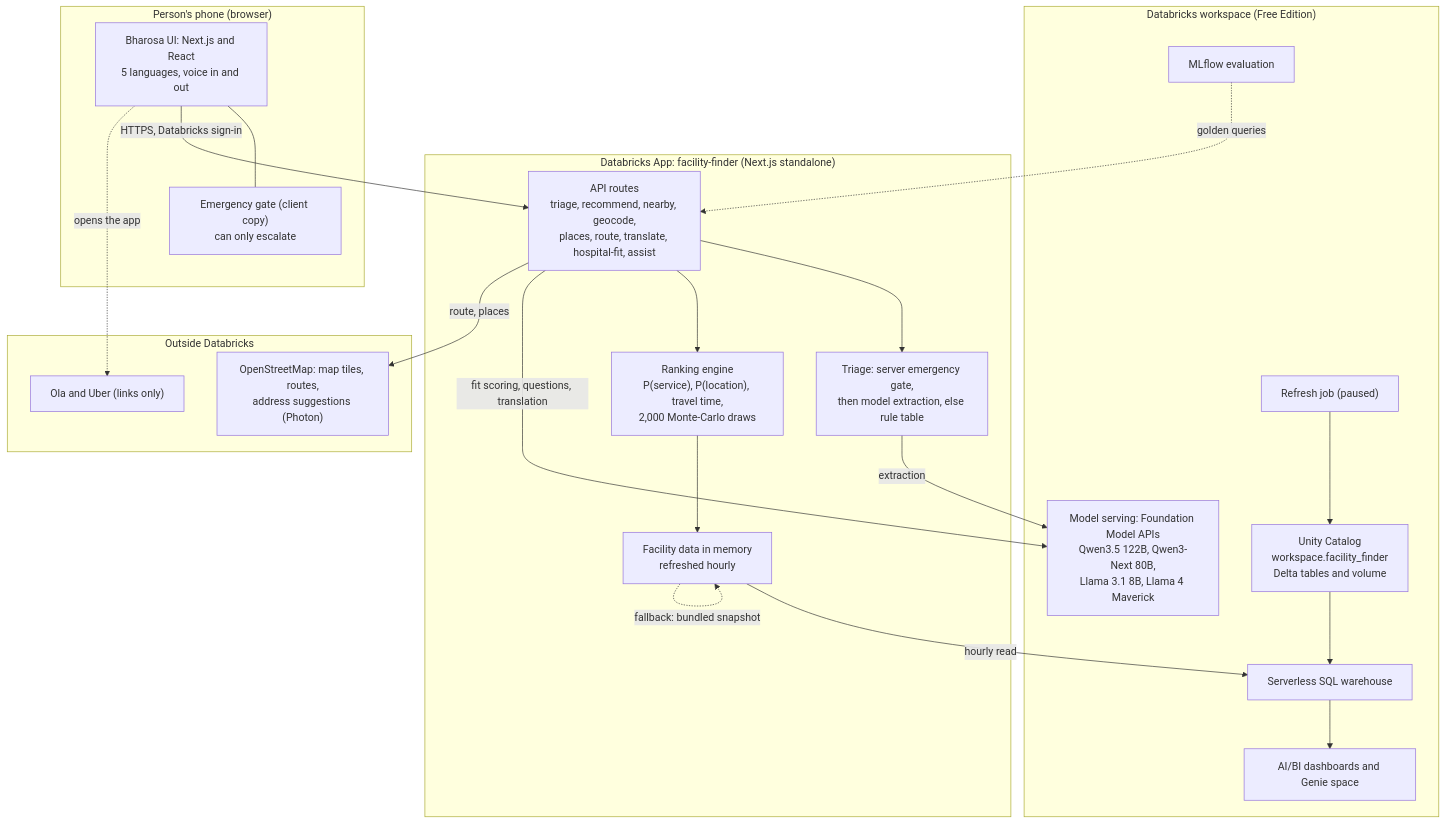
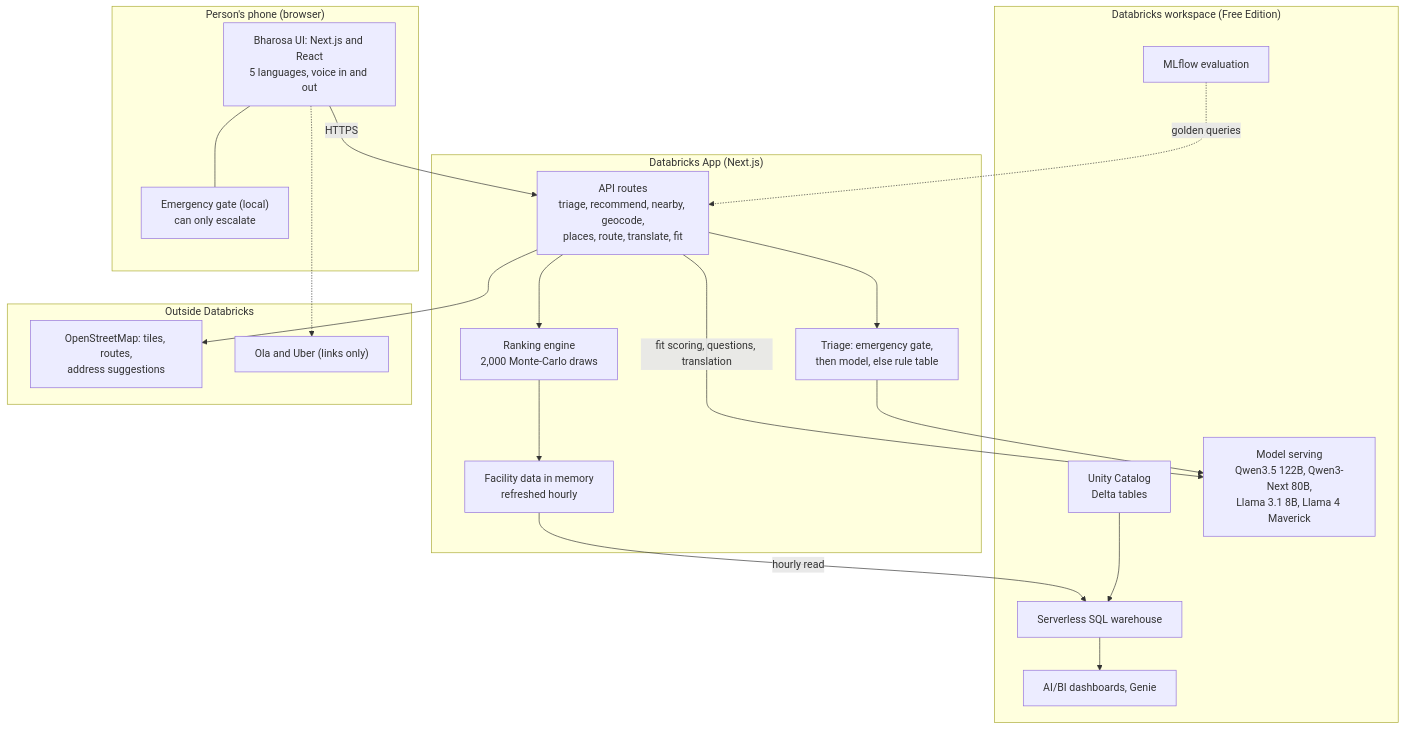
Before and after one commit to manasvialam/Databricks_hackathon: the diagram in README.md, drawn with Mermaid. The commit also changed other lines of this file, not shown here.

Commit message:
README: shorter, with live app and presentation video links

````diff
--- a/README.md
+++ b/README.md
@@ -107,44 +38,41 @@
 ```mermaid
 flowchart TB
     subgraph Phone["Person's phone (browser)"]
         UI["Bharosa UI: Next.js and React<br/>5 languages, voice in and out"]
-        GATE["Emergency gate (client copy)<br/>can only escalate"]
+        GATE["Emergency gate (local)<br/>can only escalate"]
         UI --- GATE
     end
 
-    subgraph App["Databricks App: facility-finder (Next.js standalone)"]
-        API["API routes<br/>triage, recommend, nearby, geocode,<br/>places, route, translate, hospital-fit, assist"]
-        TRI["Triage: server emergency gate,<br/>then model extraction, else rule table"]
-        RANK["Ranking engine<br/>P(service), P(location), travel time,<br/>2,000 Monte-Carlo draws"]
+    subgraph App["Databricks App (Next.js)"]
+        API["API routes<br/>triage, recommend, nearby, geocode,<br/>places, route, translate, fit"]
+        TRI["Triage: emergency gate,<br/>then model, else rule table"]
+        RANK["Ranking engine<br/>2,000 Monte-Carlo draws"]
         SNAP["Facility data in memory<br/>refreshed hourly"]
         API --> TRI
         API --> RANK
         RANK --> SNAP
     end
 
     subgraph DBX["Databricks workspace (Free Edition)"]
-        UC["Unity Catalog<br/>workspace.facility_finder<br/>Delta tables and volume"]
+        UC["Unity Catalog<br/>Delta tables"]
         WH["Serverless SQL warehouse"]
-        FM["Model serving: Foundation Model APIs<br/>Qwen3.5 122B, Qwen3-Next 80B,<br/>Llama 3.1 8B, Llama 4 Maverick"]
-        DASH["AI/BI dashboards and Genie space"]
+        FM["Model serving<br/>Qwen3.5 122B, Qwen3-Next 80B,<br/>Llama 3.1 8B, Llama 4 Maverick"]
+        DASH["AI/BI dashboards, Genie"]
         ML["MLflow evaluation"]
-        JOB["Refresh job (paused)"]
         UC --> WH
         WH --> DASH
-        JOB --> UC
         ML -.->|golden queries| API
     end
 
     subgraph Ext["Outside Databricks"]
-        OSM["OpenStreetMap: map tiles, routes,<br/>address suggestions (Photon)"]
+        OSM["OpenStreetMap: tiles, routes,<br/>address suggestions"]
         RIDE["Ola and Uber (links only)"]
     end
 
-    UI -->|HTTPS, Databricks sign-in| API
-    TRI -->|extraction| FM
+    UI -->|HTTPS| API
+    TRI --> FM
     API -->|fit scoring, questions, translation| FM
     SNAP -->|hourly read| WH
-    SNAP -.->|fallback: bundled snapshot| SNAP
-    API -->|route, places| OSM
-    UI -.->|opens the app| RIDE
+    API --> OSM
+    UI -.-> RIDE
 ```
````
